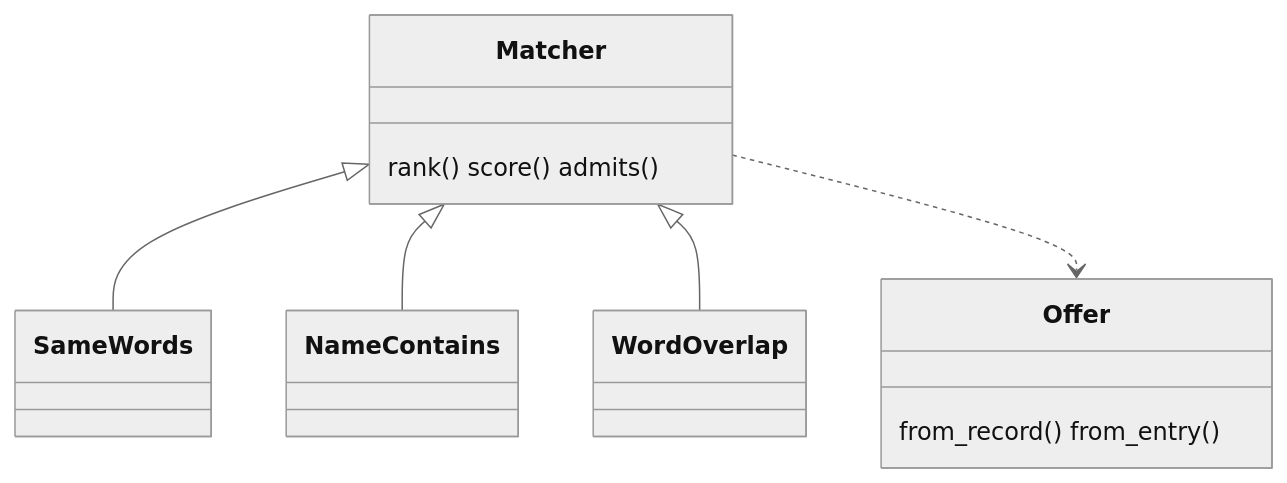
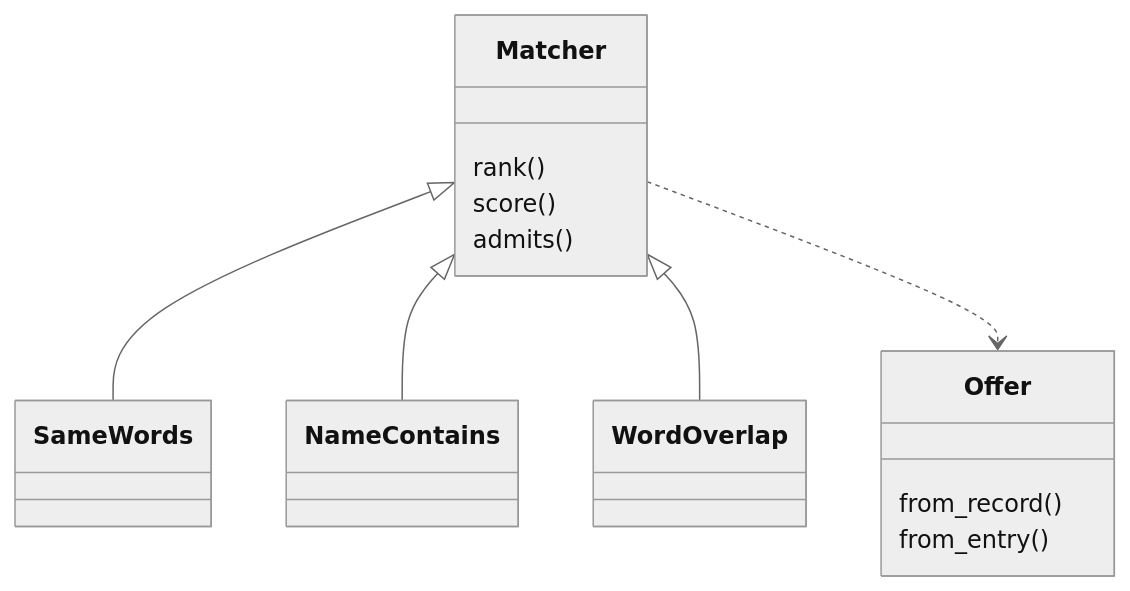
Before and after one commit to xmejkal/spark: the third of 5 diagrams in docs/discovery/2026-10-19-p322-code-architecture/facts.md, drawn with Mermaid (neutral theme). The commit also changed other lines of this file and 1 other file, not shown here.

````diff
--- a/docs/discovery/2026-10-19-p322-code-architecture/facts.md
+++ b/docs/discovery/2026-10-19-p322-code-architecture/facts.md
@@ -104,9 +171,16 @@
 ```mermaid
 classDiagram
-  class Matcher { rank() score() admits() }
-  class Offer { from_record() from_entry() }
+  class Matcher {
+    rank()
+    score()
+    admits()
+  }
+  class Offer {
+    from_record()
+    from_entry()
+  }
   Matcher <|-- SameWords
   Matcher <|-- NameContains
   Matcher <|-- WordOverlap
   Matcher ..> Offer
 ```
````
